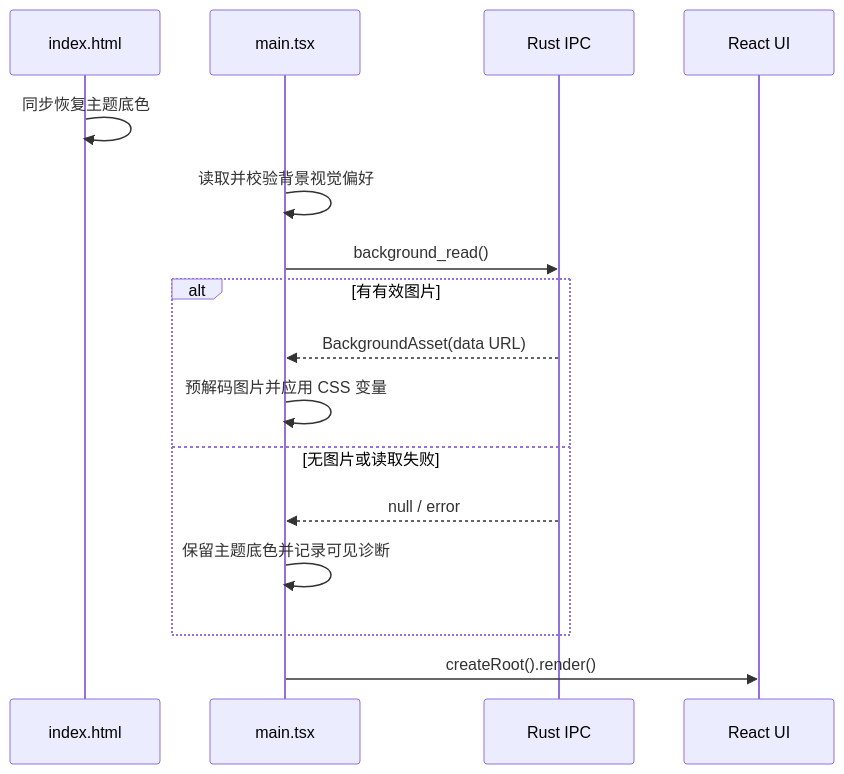
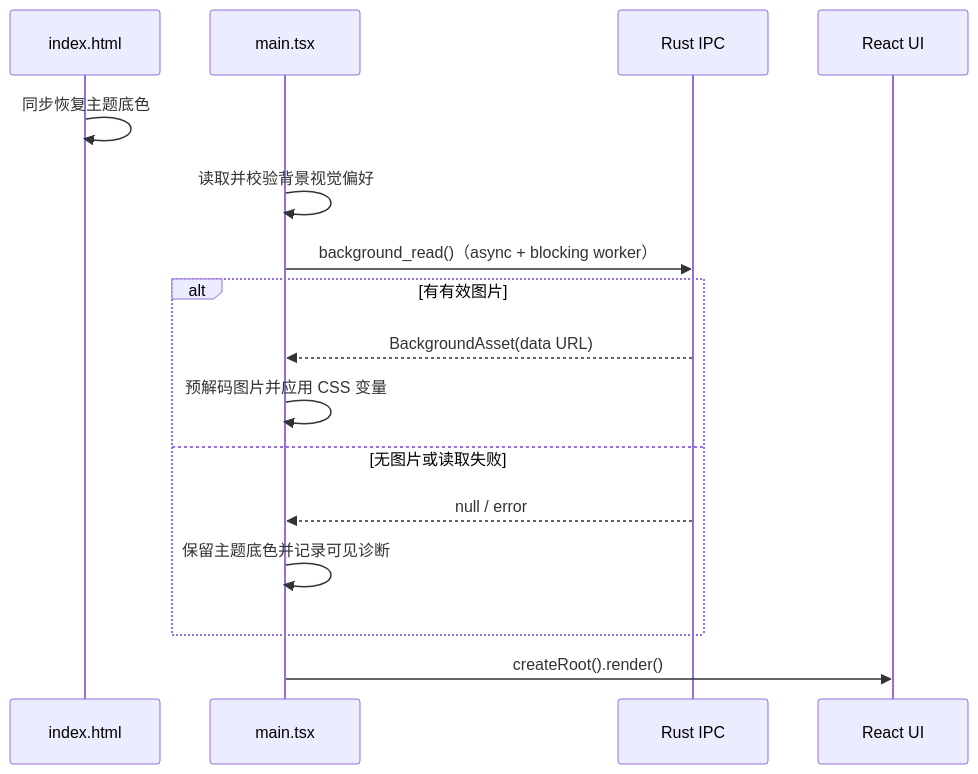
Before and after one commit to chaitin/MonkeyCode: the second of 2 diagrams in .monkeycode/specs/desktop-custom-background/design.md, drawn with Mermaid. The commit also changed other lines of this file and 17 other files, not shown here.

````diff
--- a/.monkeycode/specs/desktop-custom-background/design.md
+++ b/.monkeycode/specs/desktop-custom-background/design.md
@@ -34,19 +34,19 @@
 ```mermaid
 sequenceDiagram
   participant H as index.html
   participant M as main.tsx
   participant R as Rust IPC
   participant U as React UI
 
   H->>H: 同步恢复主题底色
   M->>M: 读取并校验背景视觉偏好
-  M->>R: background_read()
+  M->>R: background_read()（async + blocking worker）
   alt 有有效图片
     R-->>M: BackgroundAsset(data URL)
     M->>M: 预解码图片并应用 CSS 变量
   else 无图片或读取失败
     R-->>M: null / error
     M->>M: 保留主题底色并记录可见诊断
   end
   M->>U: createRoot().render()
 ```
````
